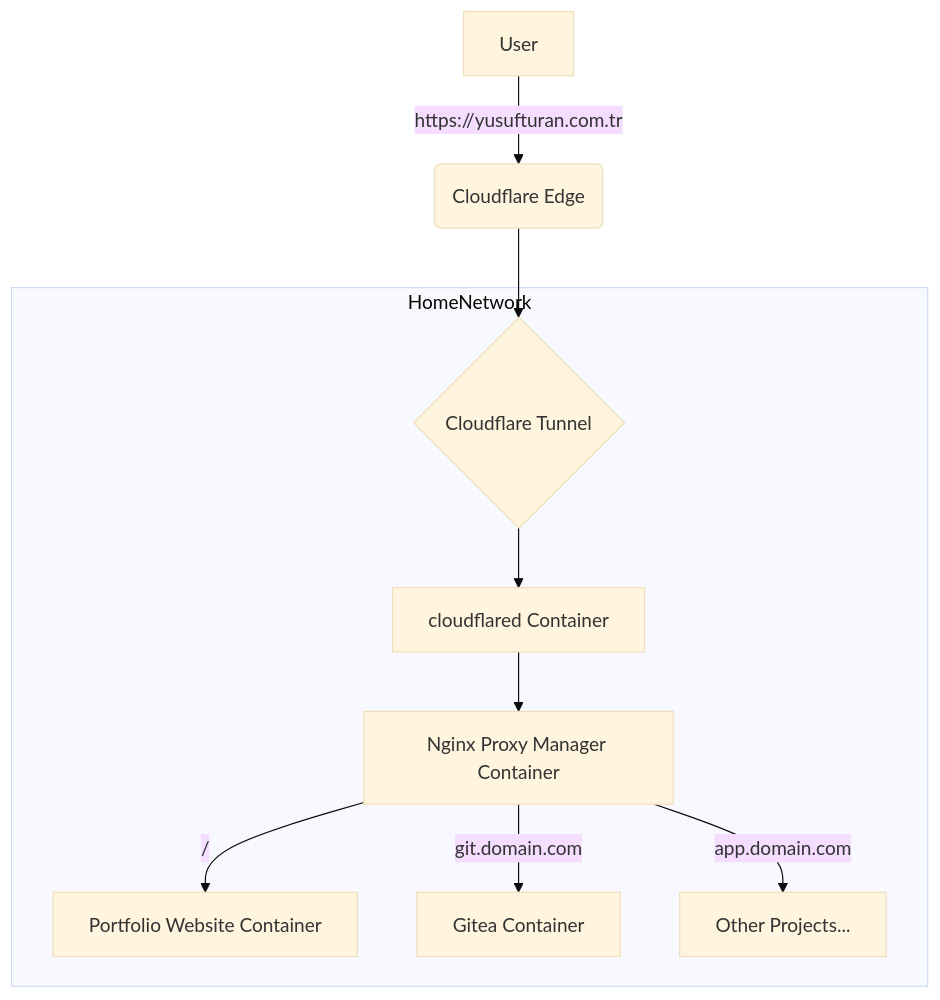
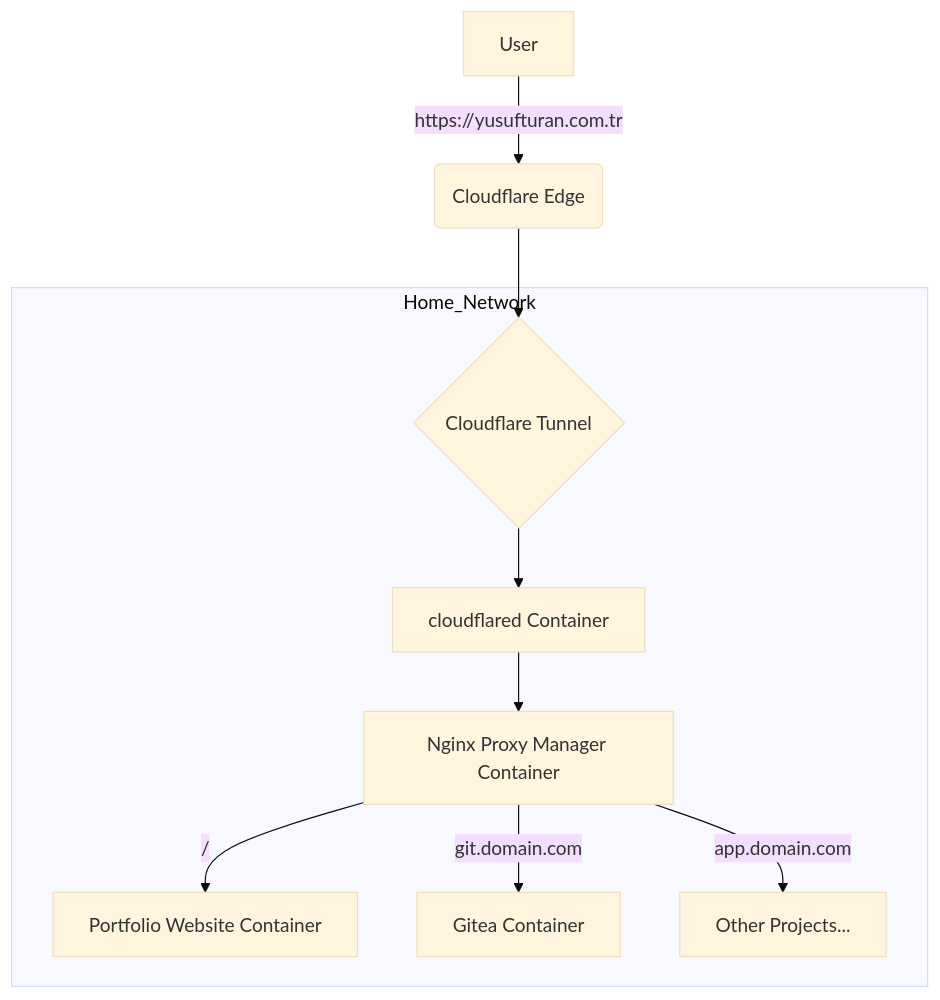
One commit to turan1609/Creating-Home-Server-and-Publish-Own-Site-For-Free changed the first of 2 diagrams in README.md. Above: the diagram before and after it, drawn with Mermaid (base theme).

````diff
--- a/README.md
+++ b/README.md
@@ -27,14 +27,14 @@
 ```mermaid
 graph TD
     A[User] -->|https://yusufturan.com.tr| B(Cloudflare Edge)
     B --> C{Cloudflare Tunnel}
 
-    subgraph HomeNetwork
+    subgraph Home_Network
         C --> D[cloudflared Container]
         D --> E[Nginx Proxy Manager Container]
         E -->|/| F[Portfolio Website Container]
         E -->|git.domain.com| G[Gitea Container]
         E -->|app.domain.com| H[Other Projects...]
     end
 
 ```
````
